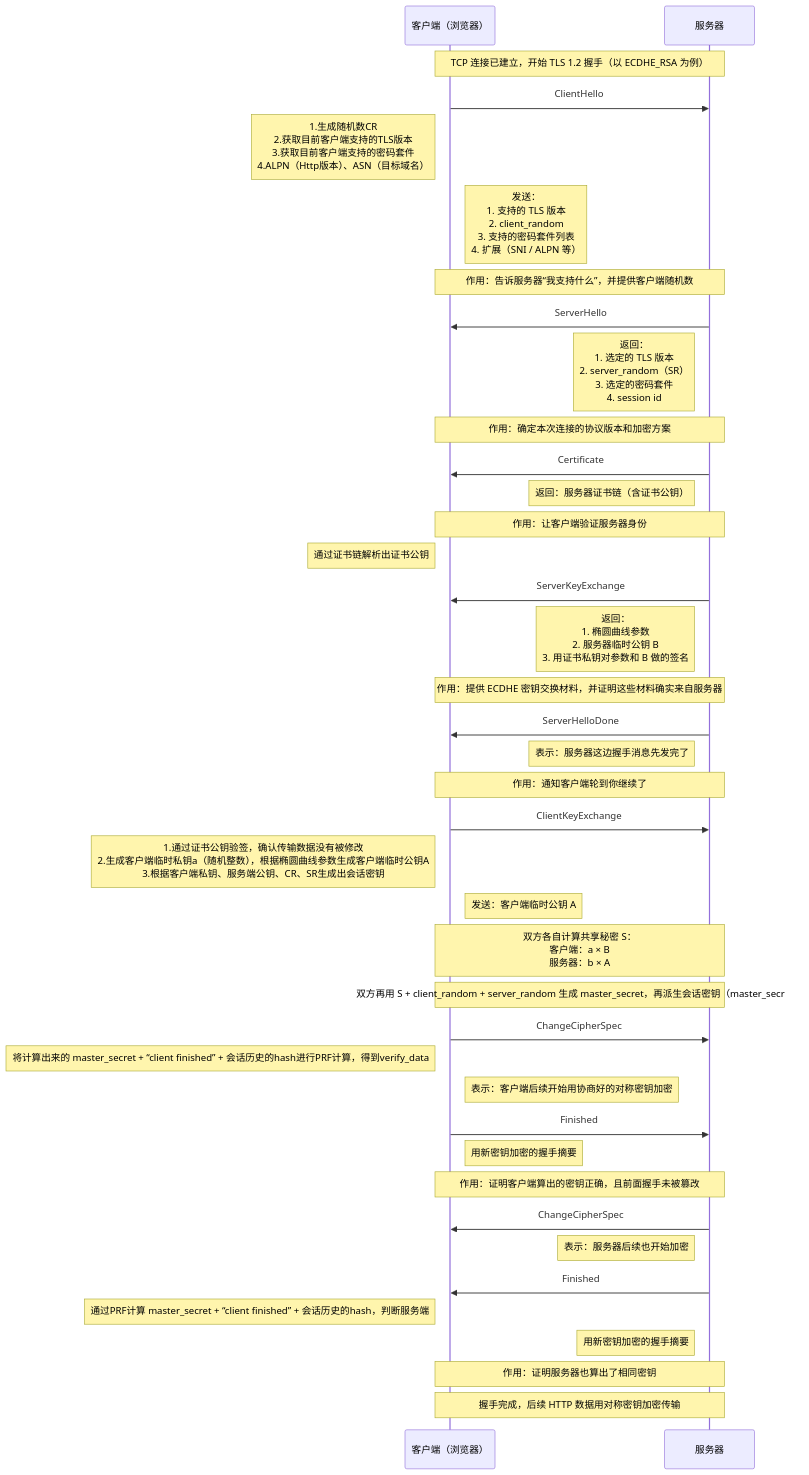
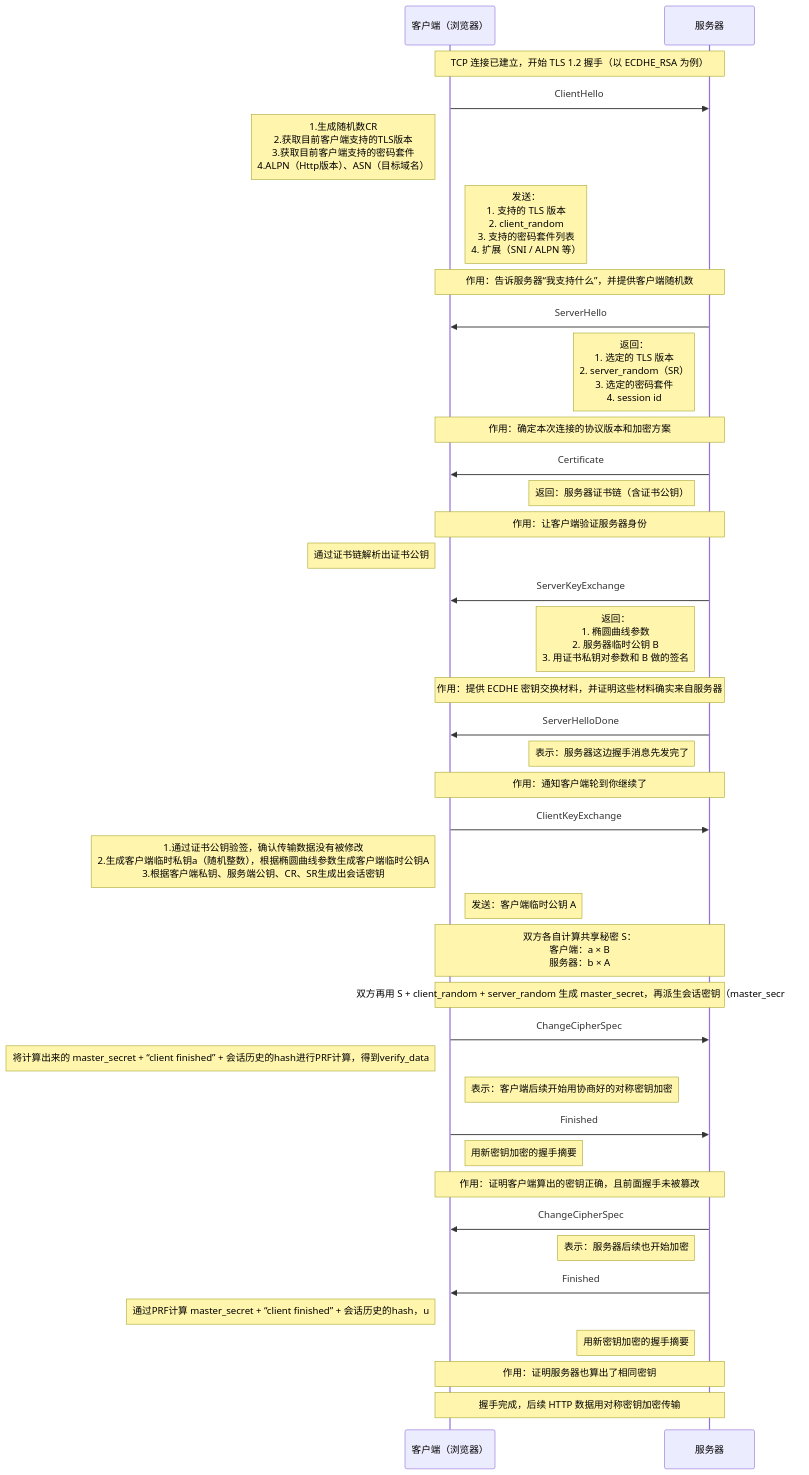
One commit to HY-10-8/iodraw-files changed the diagram in all/TLS-1.2-ECDHE.md. Above: the diagram before and after it, drawn with Mermaid.

Commit message:
2026-03-30 17:28:53 update

````diff
--- a/all/TLS-1.2-ECDHE.md
+++ b/all/TLS-1.2-ECDHE.md
@@ -1,54 +1,54 @@
 ```mermaid
 sequenceDiagram
     participant C as 客户端（浏览器）
     participant S as 服务器
 
     Note over C,S: TCP 连接已建立，开始 TLS 1.2 握手（以 ECDHE_RSA 为例）
 
     C->>S: ClientHello
     Note left of C: 1.生成随机数CR<br/> 2.获取目前客户端支持的TLS版本<br/> 3.获取目前客户端支持的密码套件<br/> 4.ALPN（Http版本）、ASN（目标域名）
     Note right of C: 发送：<br/>1. 支持的 TLS 版本<br/>2. client_random<br/>3. 支持的密码套件列表<br/>4. 扩展（SNI / ALPN 等）
     Note over C,S: 作用：告诉服务器“我支持什么”，并提供客户端随机数
 
     S->>C: ServerHello
     Note left of S: 返回：<br/>1. 选定的 TLS 版本<br/>2. server_random（SR）<br/>3. 选定的密码套件<br/>4. session id
     Note over C,S: 作用：确定本次连接的协议版本和加密方案
 
     S->>C: Certificate
     Note left of S: 返回：服务器证书链（含证书公钥）
     Note over C,S: 作用：让客户端验证服务器身份
     Note left of C: 通过证书链解析出证书公钥
 
     S->>C: ServerKeyExchange
     Note left of S: 返回：<br/>1. 椭圆曲线参数<br/>2. 服务器临时公钥 B<br/>3. 用证书私钥对参数和 B 做的签名
     Note over C,S: 作用：提供 ECDHE 密钥交换材料，并证明这些材料确实来自服务器
 
     S->>C: ServerHelloDone
     Note left of S: 表示：服务器这边握手消息先发完了
     Note over C,S: 作用：通知客户端轮到你继续了
 
     C->>S: ClientKeyExchange
     Note left of C: 1.通过证书公钥验签，确认传输数据没有被修改<br/> 2.生成客户端临时私钥a（随机整数），根据椭圆曲线参数生成客户端临时公钥A<br/> 3.根据客户端私钥、服务端公钥、CR、SR生成出会话密钥
     Note right of C: 发送：客户端临时公钥 A
     Note over C,S: 双方各自计算共享秘密 S：<br/>客户端：a × B<br/>服务器：b × A
 
     Note over C,S: 双方再用 S + client_random + server_random 生成 master_secret，再派生会话密钥（master_secret）
 
     C->>S: ChangeCipherSpec
     Note left of C: 将计算出来的 master_secret + “client finished” + 会话历史的hash进行PRF计算，得到verify_data
     Note right of C: 表示：客户端后续开始用协商好的对称密钥加密
 
     C->>S: Finished
     Note right of C: 用新密钥加密的握手摘要
     Note over C,S: 作用：证明客户端算出的密钥正确，且前面握手未被篡改
 
     S->>C: ChangeCipherSpec
     Note left of S: 表示：服务器后续也开始加密
 
     S->>C: Finished
-    Note left of C: 通过PRF计算 master_secret + “client finished” + 会话历史的hash，判断服务端
+    Note left of C: 通过PRF计算 master_secret + “client finished” + 会话历史的hash，u
     Note left of S: 用新密钥加密的握手摘要
     Note over C,S: 作用：证明服务器也算出了相同密钥
 
     Note over C,S: 握手完成，后续 HTTP 数据用对称密钥加密传输
 ```
````
